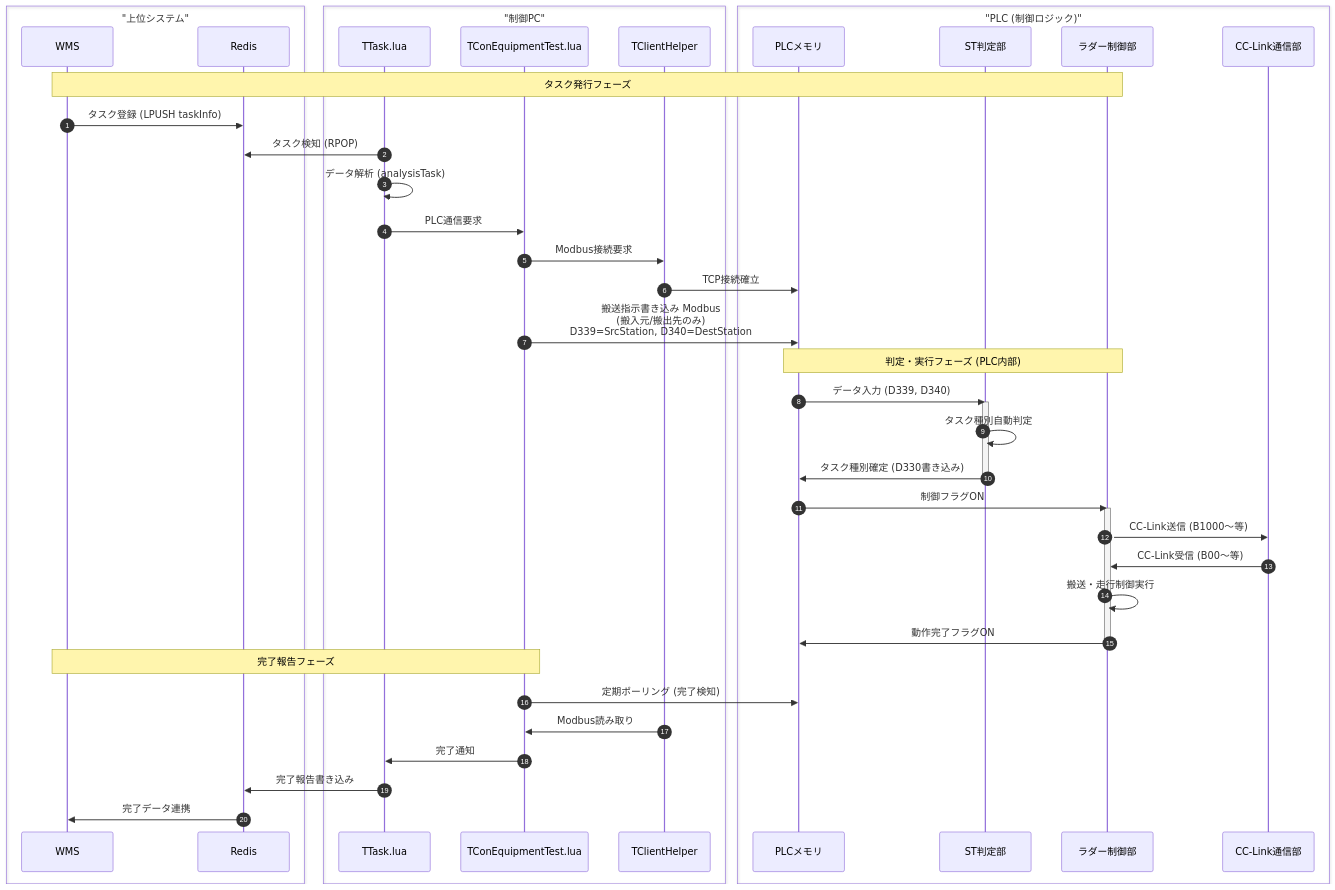
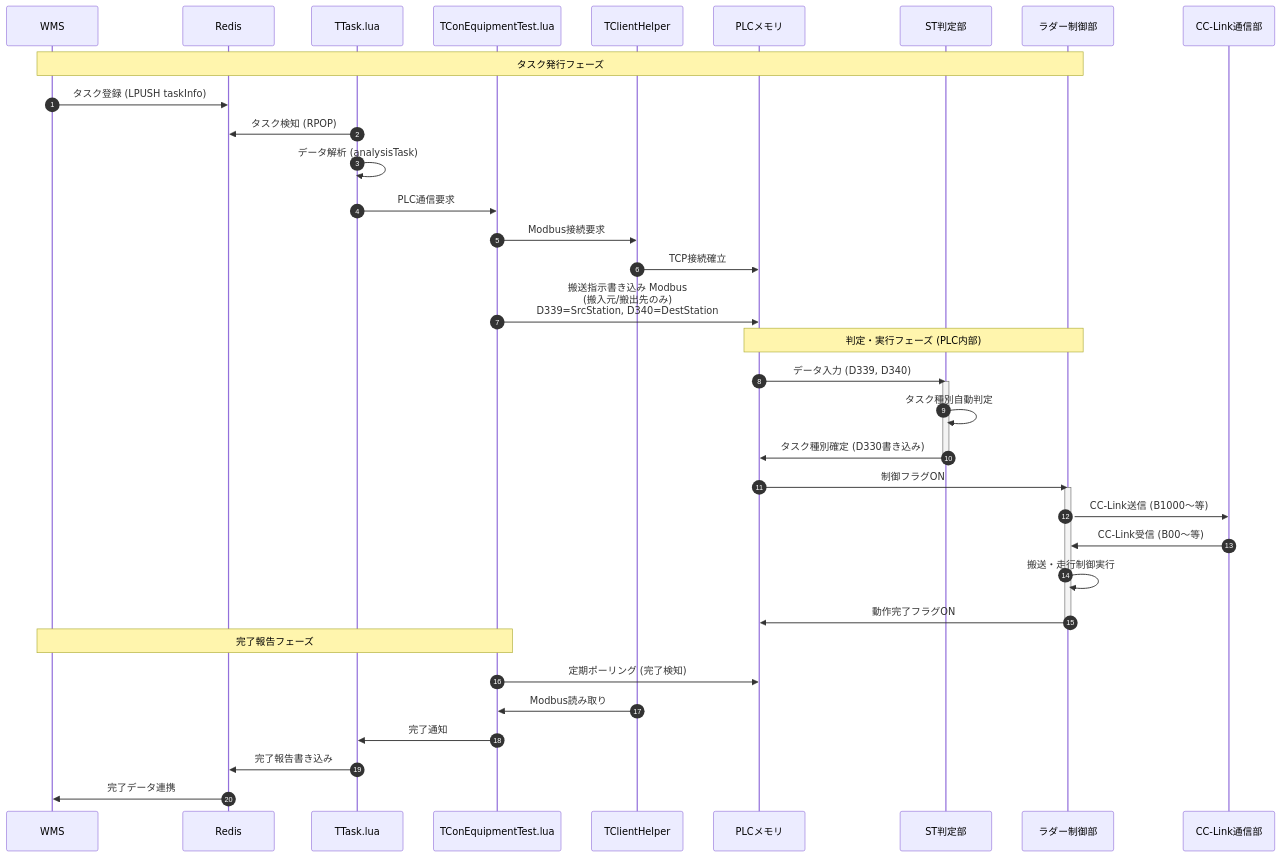
One commit to iceplantengineering/YTEC changed the third of 3 diagrams in doc/system_architecture.md. Above: the diagram before and after it, drawn with Mermaid. The commit also changed other lines of this file and 1 other file, not shown here.

Commit message:
fix: GitHubでMermaidチャートが正しく表示されない問題を修正
- FontAwesome HTMLタグを削除し、プレーンテキストに変更
- クラス図のnote for構文をクラス内プロパティに変更
- シーケンス図のbox構文を削除
- README.mdに改変履歴を追加

````diff
--- a/doc/system_architecture.md
+++ b/doc/system_architecture.md
@@ -148,53 +148,45 @@
 ```mermaid
 sequenceDiagram
     autonumber
 
-    box "上位システム" #f9f9f9
-        participant WMS
-        participant Redis
-    end
-
-    box "制御PC" #ececff
-        participant Task as TTask.lua
-        participant Conn as TConEquipmentTest.lua
-        participant Client as TClientHelper
-    end
-
-    box "PLC (制御ロジック)" #ffecec
-        participant Mem as PLCメモリ
-        participant ST as ST判定部
-        participant Lad as ラダー制御部
-        participant CCLink as CC-Link通信部
-    end
+    participant WMS
+    participant Redis
+    participant Task as TTask.lua
+    participant Conn as TConEquipmentTest.lua
+    participant Client as TClientHelper
+    participant Mem as PLCメモリ
+    participant ST as ST判定部
+    participant Lad as ラダー制御部
+    participant CCLink as CC-Link通信部
 
     Note over WMS, Lad: タスク発行フェーズ
     WMS->>Redis: タスク登録 (LPUSH taskInfo)
     Task->>Redis: タスク検知 (RPOP)
     Task->>Task: データ解析 (analysisTask)
     Task->>Conn: PLC通信要求
     Conn->>Client: Modbus接続要求
     Client->>Mem: TCP接続確立
     Conn->>Mem: 搬送指示書き込み Modbus<br/>(搬入元/搬出先のみ)<br/>D339=SrcStation, D340=DestStation
 
     Note over Mem, Lad: 判定・実行フェーズ (PLC内部)
     Mem->>ST: データ入力 (D339, D340)
     activate ST
     ST->>ST: タスク種別自動判定
     ST->>Mem: タスク種別確定 (D330書き込み)
     deactivate ST
 
     Mem->>Lad: 制御フラグON
     activate Lad
     Lad->>CCLink: CC-Link送信 (B1000〜等)
     CCLink->>Lad: CC-Link受信 (B00〜等)
     Lad->>Lad: 搬送・走行制御実行
     Lad->>Mem: 動作完了フラグON
     deactivate Lad
 
     Note over Conn, WMS: 完了報告フェーズ
     Conn->>Mem: 定期ポーリング (完了検知)
     Client->>Conn: Modbus読み取り
     Conn->>Task: 完了通知
     Task->>Redis: 完了報告書き込み
     Redis->>WMS: 完了データ連携
 ```
````
